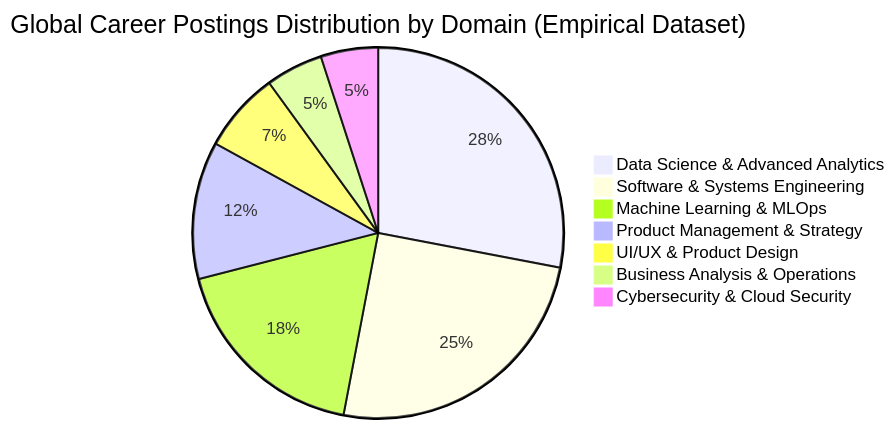
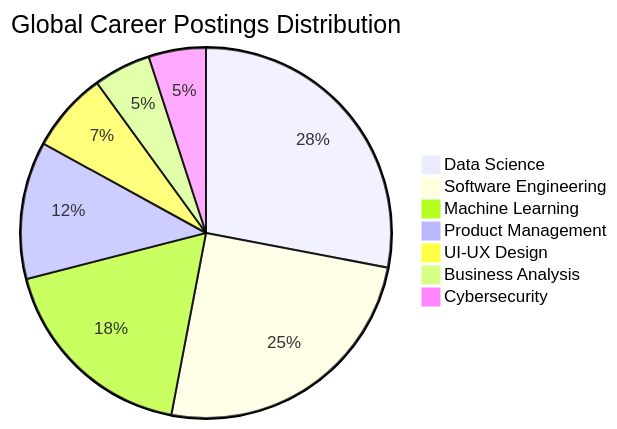
One commit to sheikhayaan/CareerGPS changed the second of 6 diagrams in README.md. Above: the diagram before and after it, drawn with Mermaid. The commit also changed other lines of this file and 4 other files, not shown here.

Commit message:
docs(readme): add high-res animated glowing tree, pie chart, salary histogram, and DAG SVGs

````diff
--- a/README.md
+++ b/README.md
@@ -130,10 +138,10 @@
 ```mermaid
-pie title Global Career Postings Distribution by Domain (Empirical Dataset)
-    "Data Science & Advanced Analytics" : 28
-    "Software & Systems Engineering" : 25
-    "Machine Learning & MLOps" : 18
-    "Product Management & Strategy" : 12
-    "UI/UX & Product Design" : 7
-    "Business Analysis & Operations" : 5
-    "Cybersecurity & Cloud Security" : 5
+pie title Global Career Postings Distribution
+    "Data Science" : 28
+    "Software Engineering" : 25
+    "Machine Learning" : 18
+    "Product Management" : 12
+    "UI-UX Design" : 7
+    "Business Analysis" : 5
+    "Cybersecurity" : 5
 ```
````
